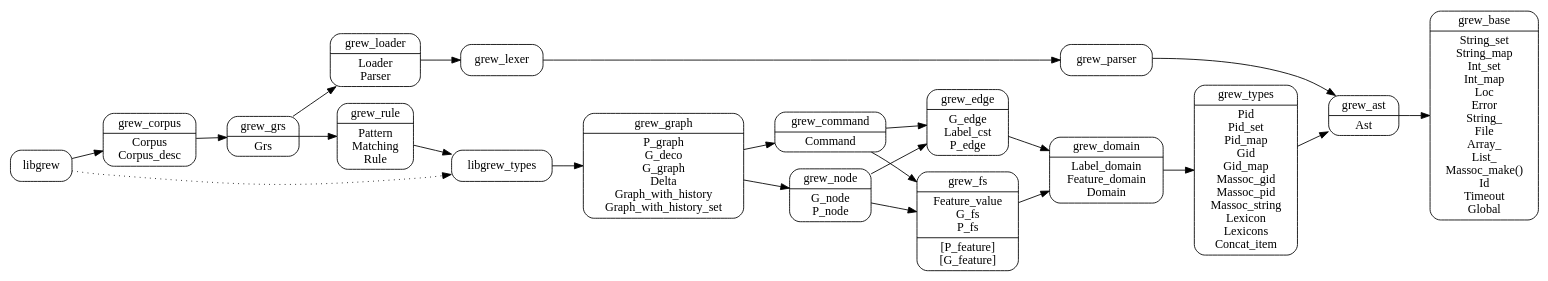
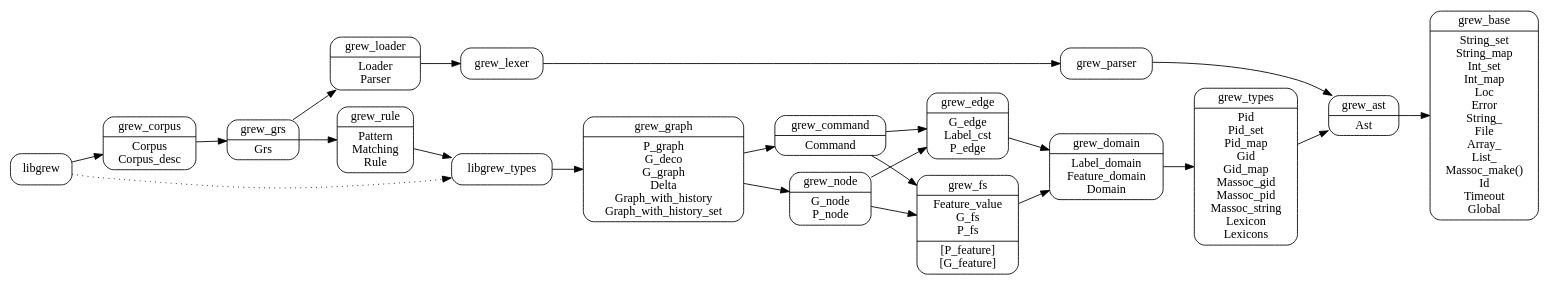
The diagram in dev/arch.dot (grew-nlp/grewlib), drawn with Graphviz before and after one commit. The commit also changed 8 other files, not shown here.

Commit message:
Review concat item access, cleaning

```diff
--- a/dev/arch.dot
+++ b/dev/arch.dot
@@ -1,35 +1,35 @@
 digraph grew {
   node [shape=Mrecord];
   rankdir = LR;
   grew_base [label="grew_base|String_set\nString_map\nInt_set\nInt_map\nLoc\nError\nString_\nFile\nArray_\nList_\nMassoc_make()\nId\nTimeout\nGlobal"]
-  grew_types [label="grew_types|Pid\nPid_set\nPid_map\nGid\nGid_map\nMassoc_gid\nMassoc_pid\nMassoc_string\nLexicon\nLexicons\nConcat_item"]
+  grew_types [label="grew_types|Pid\nPid_set\nPid_map\nGid\nGid_map\nMassoc_gid\nMassoc_pid\nMassoc_string\nLexicon\nLexicons"]
   grew_ast [label="grew_ast|Ast"]
   grew_domain [label="grew_domain|Label_domain\nFeature_domain\nDomain"]
   grew_loader [label="grew_loader|Loader\nParser"]
   grew_fs [label="grew_fs|Feature_value\nG_fs\nP_fs|[P_feature]\n[G_feature]"]
   grew_edge [label="grew_edge|G_edge\nLabel_cst\nP_edge"]
   grew_node [label="grew_node|G_node\nP_node"]
   grew_command [label="grew_command|Command"]
   grew_graph [label="grew_graph|P_graph\nG_deco\nG_graph\nDelta\nGraph_with_history\nGraph_with_history_set"]
   grew_rule [label="grew_rule|Pattern\nMatching\nRule"]
   grew_grs [label="grew_grs|Grs"]
   grew_corpus [label="grew_corpus|Corpus\nCorpus_desc"]
 
 grew_domain -> grew_types -> grew_ast -> grew_base
 grew_edge -> grew_domain
 grew_fs -> grew_domain
 grew_command -> grew_edge
 grew_command -> grew_fs
 grew_node -> grew_edge
 grew_node -> grew_fs
 grew_graph -> grew_node
 grew_graph -> grew_command
 libgrew_types -> grew_graph
 grew_rule -> libgrew_types
 grew_grs -> grew_rule
 grew_grs -> grew_loader -> grew_lexer -> grew_parser -> grew_ast
 grew_corpus -> grew_grs
 libgrew -> grew_corpus
 
 libgrew -> libgrew_types [style=dotted]
 }
```
